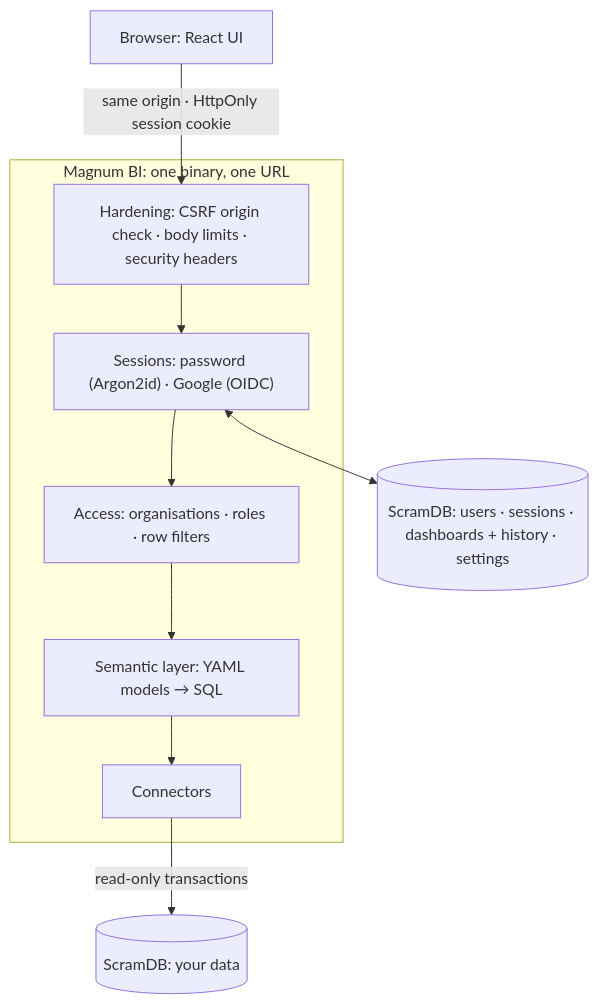
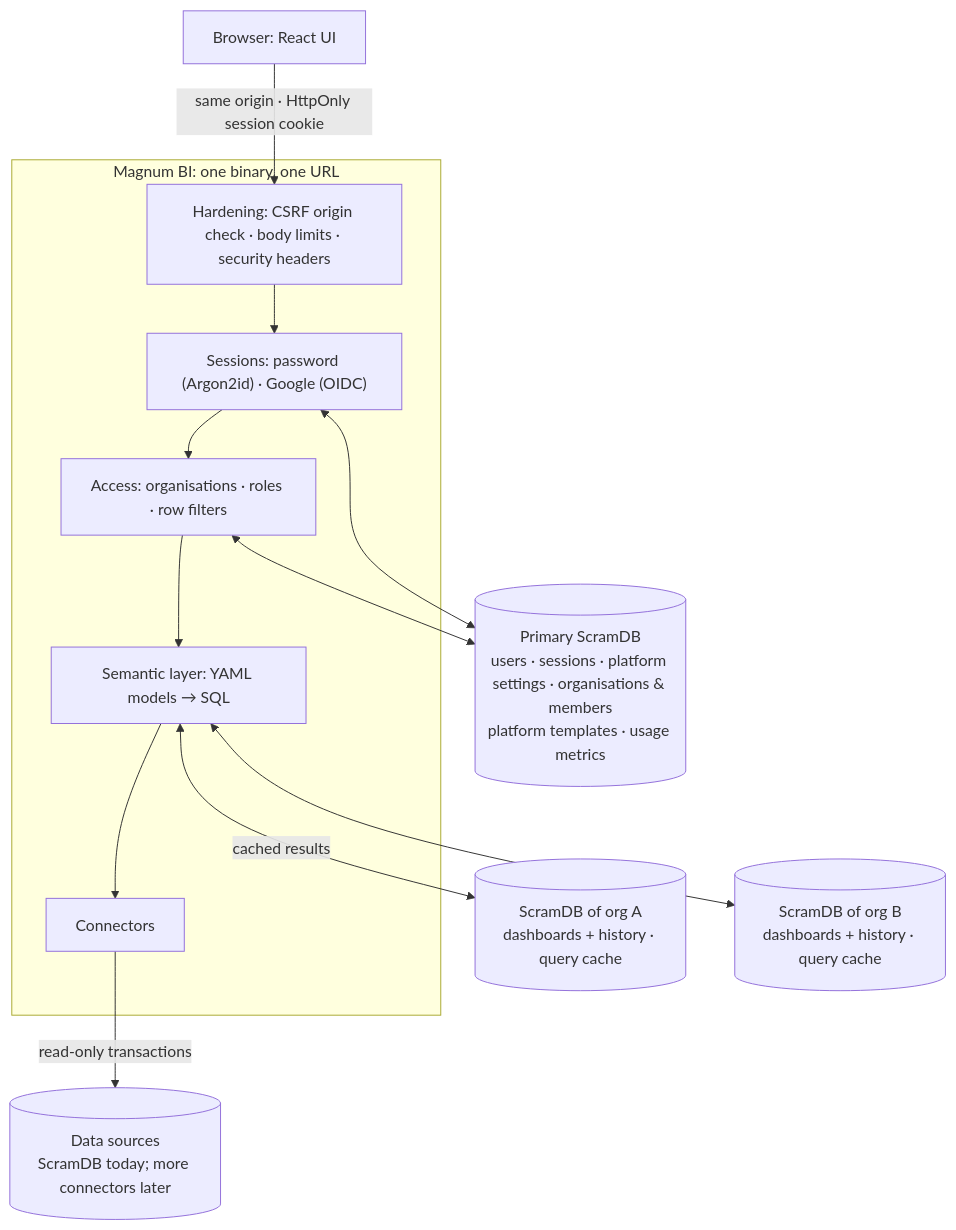
Before and after one commit to giobinda/magnumbi: the diagram in README.md, drawn with Mermaid. The commit also changed other lines of this file and 36 other files, not shown here.

````diff
--- a/README.md
+++ b/README.md
@@ -50,17 +58,22 @@
 ```mermaid
 flowchart TB
   UI["Browser: React UI"]
   subgraph MB["Magnum BI: one binary, one URL"]
     MW["Hardening: CSRF origin check · body limits · security headers"]
     AUTH["Sessions: password (Argon2id) · Google (OIDC)"]
     ACC["Access: organisations · roles · row filters"]
     SEM["Semantic layer: YAML models → SQL"]
     CON["Connectors"]
     MW --> AUTH --> ACC --> SEM --> CON
   end
-  STATE[("ScramDB: users · sessions · dashboards + history · settings")]
-  DATA[("ScramDB: your data")]
+  PRIMARY[("Primary ScramDB<br/>users · sessions · platform settings · organisations & members<br/>platform templates · usage metrics")]
+  ORGA[("ScramDB of org A<br/>dashboards + history · query cache")]
+  ORGB[("ScramDB of org B<br/>dashboards + history · query cache")]
+  DATA[("Data sources<br/>ScramDB today; more connectors later")]
   UI -- "same origin · HttpOnly session cookie" --> MW
-  AUTH <--> STATE
+  AUTH <--> PRIMARY
+  ACC <--> PRIMARY
+  SEM <-- "cached results" --> ORGA
+  SEM <--> ORGB
   CON -- "read-only transactions" --> DATA
 ```
````
